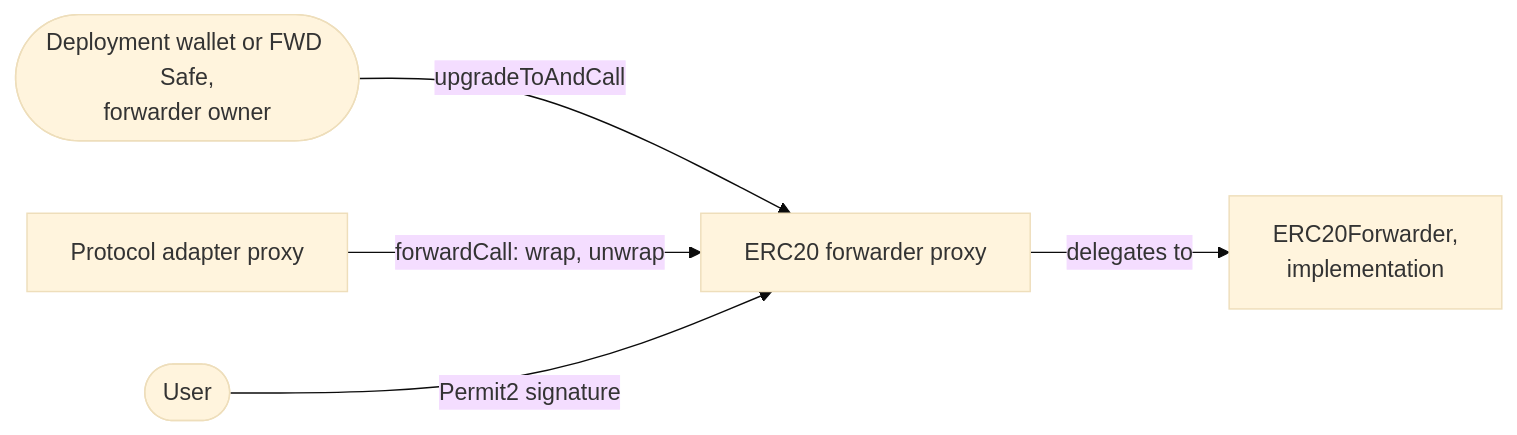
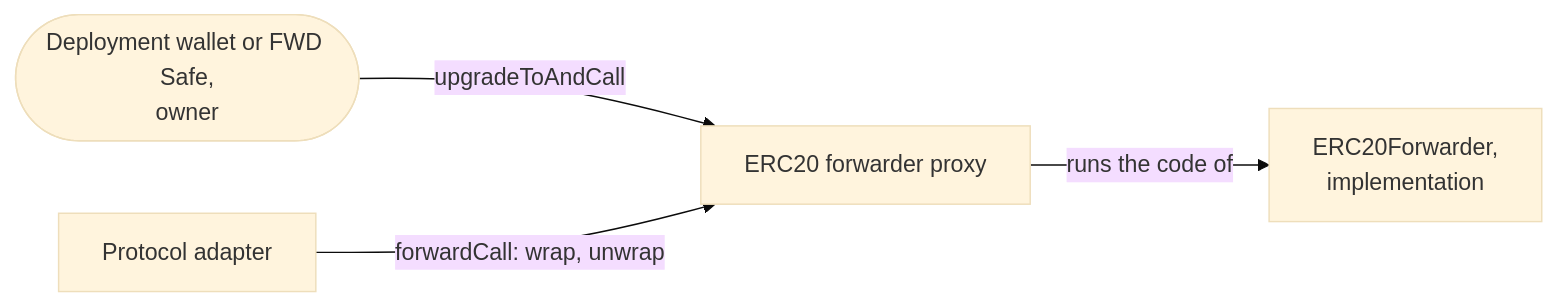
Before and after one commit to anoma/anomapay-erc20-forwarder: the diagram in docs/02-upgrades.md, drawn with Mermaid (base theme). The commit also changed other lines of this file and 5 other files, not shown here.

````diff
--- a/docs/02-upgrades.md
+++ b/docs/02-upgrades.md
@@ -7,13 +7,11 @@
 ```mermaid
 flowchart LR
-    owner([Deployment wallet or FWD Safe,<br/>forwarder owner])
-    pa[Protocol adapter proxy]
-    user([User])
+    owner([Deployment wallet or FWD Safe,<br/>owner])
+    pa[Protocol adapter]
     fwd[ERC20 forwarder proxy]
     impl[ERC20Forwarder,<br/>implementation]
 
     owner -->|upgradeToAndCall| fwd
     pa -->|forwardCall: wrap, unwrap| fwd
-    user -->|Permit2 signature| fwd
-    fwd -->|delegates to| impl
+    fwd -->|runs the code of| impl
 ```
````
